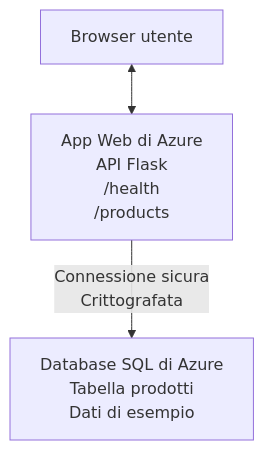
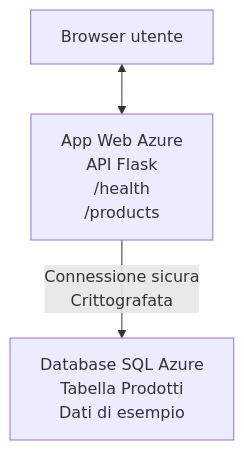
One commit to microsoft/AZD-for-beginners changed the diagram in translations/it/examples/database-app/README.md. Above: the diagram before and after it, drawn with Mermaid. The commit also changed other lines of this file and 101 other files, not shown here.

````diff
--- a/translations/it/examples/database-app/README.md
+++ b/translations/it/examples/database-app/README.md
@@ -72,5 +72,5 @@
 ```mermaid
 graph TD
-    Browser[Browser utente] <--> WebApp[App Web di Azure<br/>API Flask<br/>/health<br/>/products]
-    WebApp -- Connessione sicura<br/>Crittografata --> SQL[Database SQL di Azure<br/>Tabella prodotti<br/>Dati di esempio]
+    Browser[Browser utente] <--> WebApp[App Web Azure<br/>API Flask<br/>/health<br/>/products]
+    WebApp -- Connessione sicura<br/>Crittografata --> SQL[Database SQL Azure<br/>Tabella Prodotti<br/>Dati di esempio]
 ```
````
